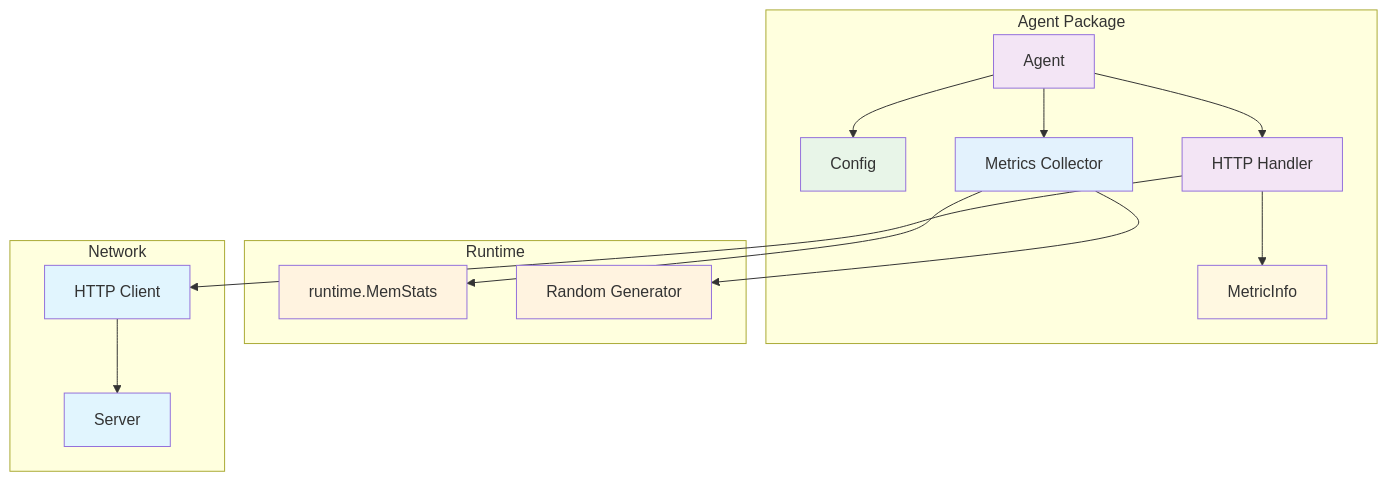
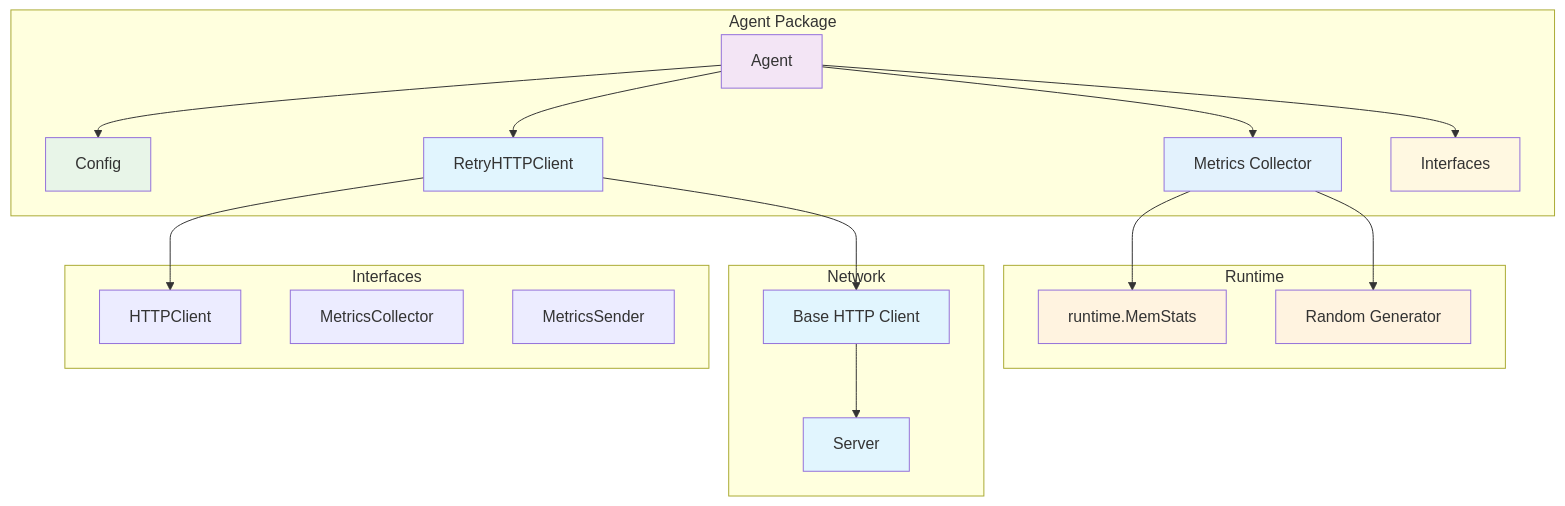
Before and after one commit to IgorKilipenko/metrical: the first of 2 diagrams in internal/agent/README.md, drawn with Mermaid. The commit also changed other lines of this file, not shown here.

Commit message:
docs: update README to reflect new features and architecture changes

````diff
--- a/internal/agent/README.md
+++ b/internal/agent/README.md
@@ -7,40 +7,47 @@
 ```mermaid
 graph TB
     subgraph "Agent Package"
         AGENT[Agent]
         CONFIG[Config]
         METRICS[Metrics Collector]
-        METRIC_INFO[MetricInfo]
-        HTTP_HANDLER[HTTP Handler]
+        HTTP_CLIENT[RetryHTTPClient]
+        INTERFACES[Interfaces]
     end
     
     subgraph "Runtime"
         RUNTIME[runtime.MemStats]
         RANDOM[Random Generator]
     end
     
     subgraph "Network"
-        HTTP_CLIENT[HTTP Client]
+        BASE_CLIENT[Base HTTP Client]
         SERVER[Server]
+    end
+    
+    subgraph "Interfaces"
+        HTTP_INTERFACE[HTTPClient]
+        METRICS_INTERFACE[MetricsCollector]
+        SENDER_INTERFACE[MetricsSender]
     end
     
     AGENT --> CONFIG
     AGENT --> METRICS
-    AGENT --> HTTP_HANDLER
+    AGENT --> HTTP_CLIENT
+    AGENT --> INTERFACES
     
     METRICS --> RUNTIME
     METRICS --> RANDOM
-    HTTP_HANDLER --> METRIC_INFO
-    HTTP_HANDLER --> HTTP_CLIENT
-    HTTP_CLIENT --> SERVER
+    HTTP_CLIENT --> BASE_CLIENT
+    HTTP_CLIENT --> HTTP_INTERFACE
+    BASE_CLIENT --> SERVER
     
     style AGENT fill:#f3e5f5
     style CONFIG fill:#e8f5e8
     style METRICS fill:#e3f2fd
-    style METRIC_INFO fill:#fff8e1
-    style HTTP_HANDLER fill:#f3e5f5
+    style HTTP_CLIENT fill:#e1f5fe
+    style INTERFACES fill:#fff8e1
     style RUNTIME fill:#fff3e0
     style RANDOM fill:#fff3e0
-    style HTTP_CLIENT fill:#e1f5fe
+    style BASE_CLIENT fill:#e1f5fe
     style SERVER fill:#e1f5fe
 ```
````
